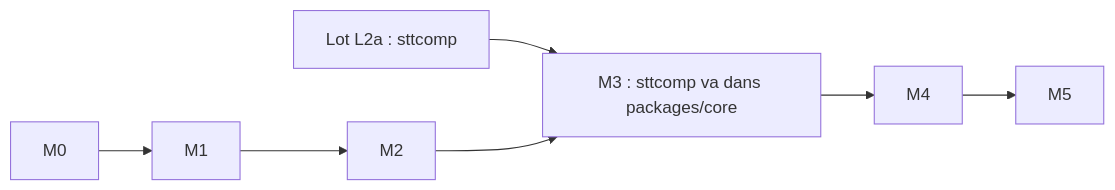
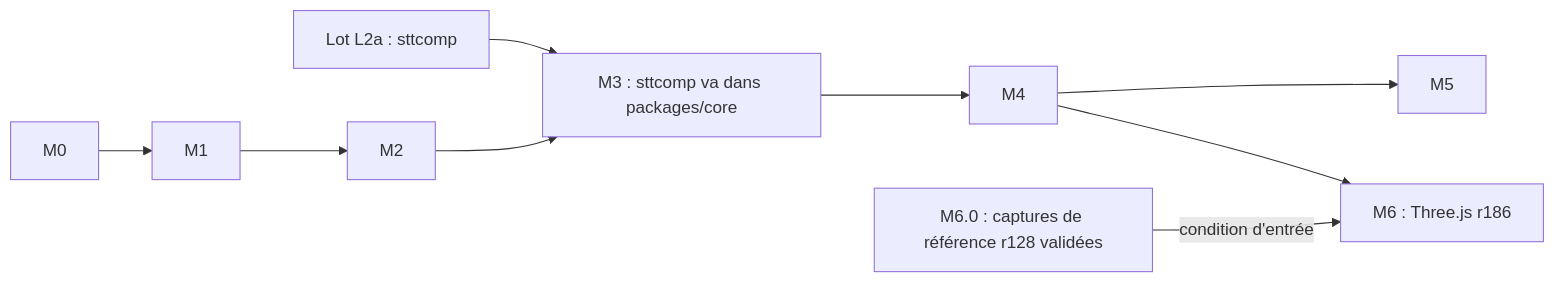
Before and after one commit to mcgivrer/csblog: the seventh of 11 diagrams in demos/space-travel/docs/ADRs/ADR-001-refactoring.md, drawn with Mermaid. The commit also changed other lines of this file and 2 other files, not shown here.

First line of the commit message:
ADR-001 : migration vers Three.js r186 (inventaire d'API, option A bundle IIFE, phase M6)

````diff
--- a/demos/space-travel/docs/ADRs/ADR-001-refactoring.md
+++ b/demos/space-travel/docs/ADRs/ADR-001-refactoring.md
@@ -406,5 +436,7 @@
 ```mermaid
 flowchart LR
   L2a["Lot L2a : sttcomp"] --> M3["M3 : sttcomp va dans packages/core"]
   M0["M0"] --> M1["M1"] --> M2["M2"] --> M3 --> M4["M4"] --> M5["M5"]
+  M4 --> M6["M6 : Three.js r186"]
+  REF["M6.0 : captures de référence r128 validées"] -->|"condition d'entrée"| M6
 ```
````
